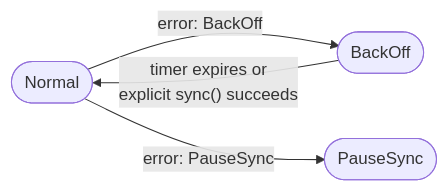
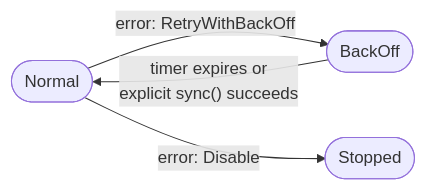
Before and after one commit to qortoo/qortoo-rs: the third of 8 diagrams in docs/event-loop.md, drawn with Mermaid. The commit also changed other lines of this file and 29 other files, not shown here.

````diff
--- a/docs/event-loop.md
+++ b/docs/event-loop.md
@@ -70,10 +73,10 @@
 ```mermaid
 flowchart LR
     N(["Normal"])
     B(["BackOff"])
-    P(["PauseSync"])
+    S(["Stopped"])
 
-    N -->|"error: BackOff"| B
-    N -->|"error: PauseSync"| P
+    N -->|"error: RetryWithBackOff"| B
+    N -->|"error: Disable"| S
     B -->|"timer expires or\nexplicit sync() succeeds"| N
 ```
````
